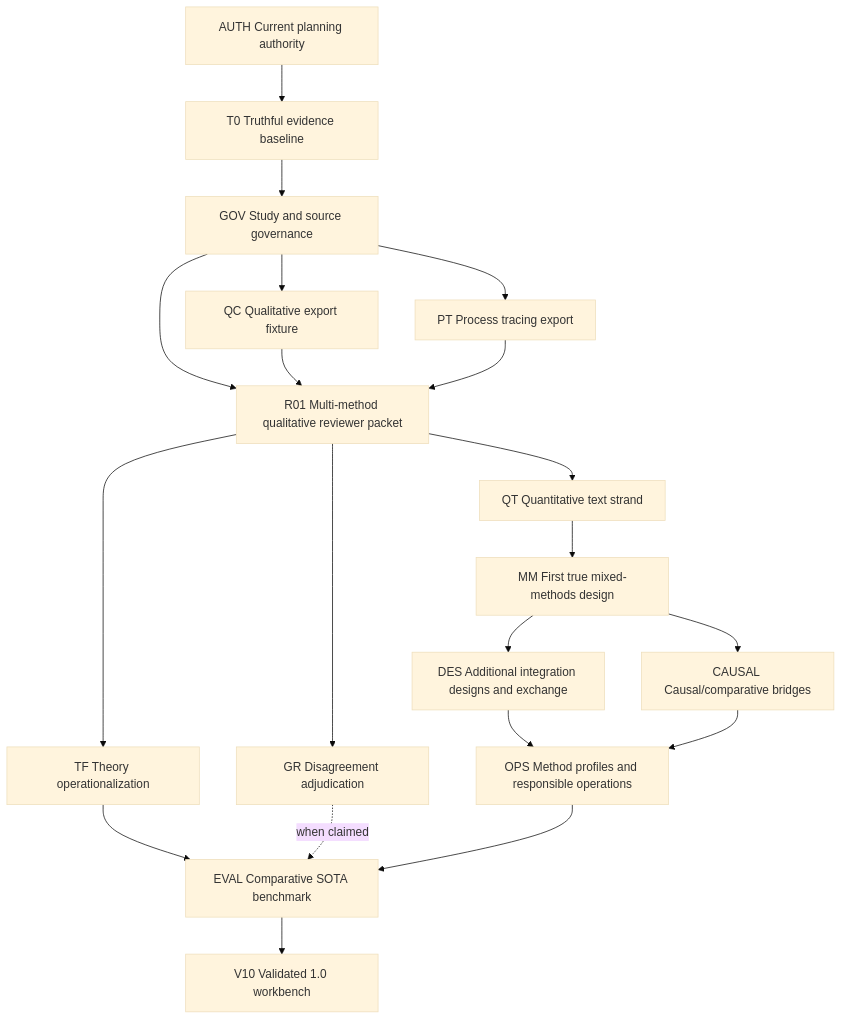
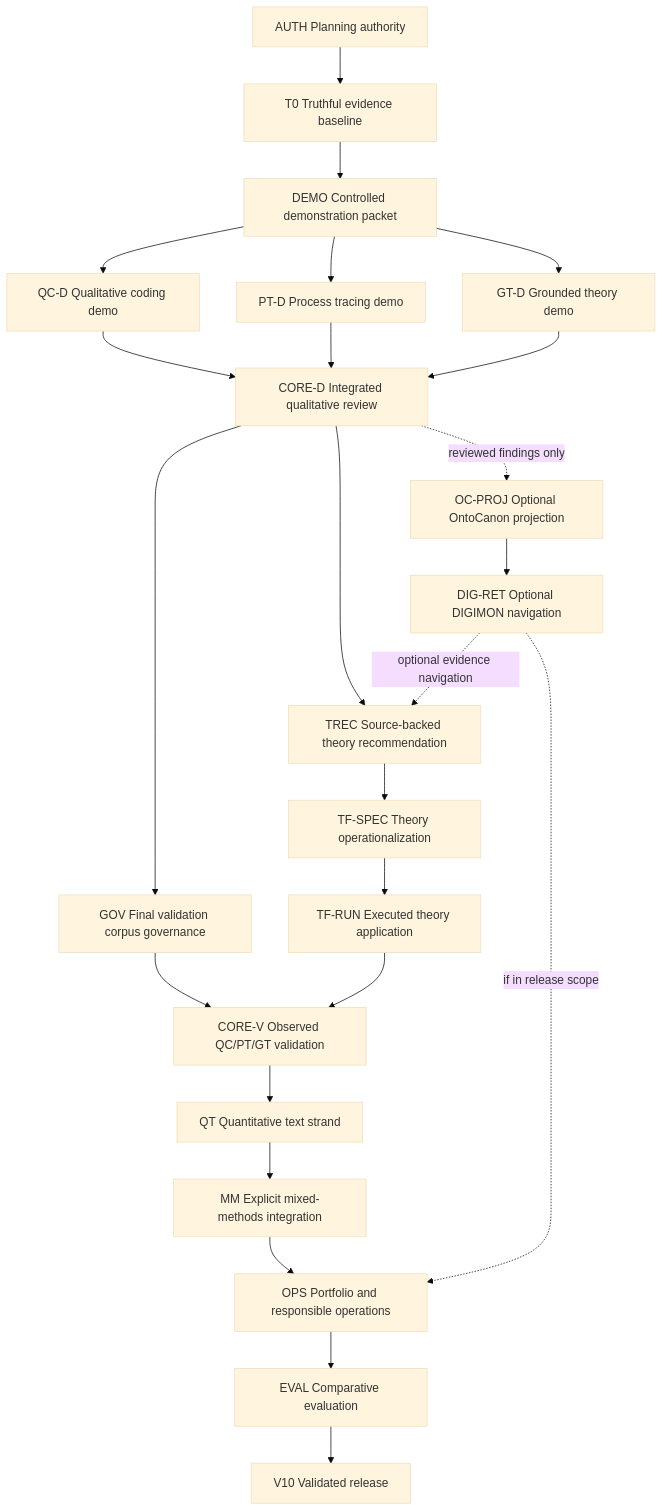
Before and after one commit to BrianMills2718/mixed_methods_workbench: the diagram in docs/CAPABILITY_DEPENDENCY_GRAPH.md, drawn with Mermaid (base theme). The commit also changed other lines of this file and 10 other files, not shown here.

Commit message:
docs: adopt demo-first mixed-methods roadmap

````diff
--- a/docs/CAPABILITY_DEPENDENCY_GRAPH.md
+++ b/docs/CAPABILITY_DEPENDENCY_GRAPH.md
@@ -28,38 +14,37 @@
 ```mermaid
 flowchart TD
-  AUTH["AUTH Current planning authority"]
+  AUTH["AUTH Planning authority"]
   T0["T0 Truthful evidence baseline"]
-  GOV["GOV Study and source governance"]
-  QC["QC Qualitative export fixture"]
-  PT["PT Process tracing export"]
-  R01["R01 Multi-method qualitative reviewer packet"]
-  GR["GR Disagreement adjudication"]
-  TF["TF Theory operationalization"]
+  DEMO["DEMO Controlled demonstration packet"]
+  QCD["QC-D Qualitative coding demo"]
+  PTD["PT-D Process tracing demo"]
+  GTD["GT-D Grounded theory demo"]
+  CORE["CORE-D Integrated qualitative review"]
+  OC["OC-PROJ Optional OntoCanon projection"]
+  DIG["DIG-RET Optional DIGIMON navigation"]
+  TREC["TREC Source-backed theory recommendation"]
+  TFS["TF-SPEC Theory operationalization"]
+  TFR["TF-RUN Executed theory application"]
+  GOV["GOV Final validation corpus governance"]
+  COREV["CORE-V Observed QC/PT/GT validation"]
   QT["QT Quantitative text strand"]
-  MM["MM First true mixed-methods design"]
-  DES["DES Additional integration designs and exchange"]
-  CAUSAL["CAUSAL Causal/comparative bridges"]
-  OPS["OPS Method profiles and responsible operations"]
-  EVAL["EVAL Comparative SOTA benchmark"]
-  V10["V10 Validated 1.0 workbench"]
+  MM["MM Explicit mixed-methods integration"]
+  OPS["OPS Portfolio and responsible operations"]
+  EVAL["EVAL Comparative evaluation"]
+  V10["V10 Validated release"]
 
-  AUTH --> T0
-  T0 --> GOV
-  GOV --> QC
-  GOV --> PT
-  GOV --> R01
-  QC --> R01
-  PT --> R01
-  R01 --> GR
-  R01 --> TF
-  R01 --> QT
-  QT --> MM
-  MM --> DES
-  MM --> CAUSAL
-  DES --> OPS
-  CAUSAL --> OPS
-  TF --> EVAL
-  GR -. "when claimed" .-> EVAL
-  OPS --> EVAL
-  EVAL --> V10
+  AUTH --> T0 --> DEMO
+  DEMO --> QCD
+  DEMO --> PTD
+  DEMO --> GTD
+  QCD --> CORE
+  PTD --> CORE
+  GTD --> CORE
+  CORE -. "reviewed findings only" .-> OC --> DIG
+  CORE --> TREC --> TFS --> TFR
+  CORE --> GOV --> COREV
+  TFR --> COREV
+  COREV --> QT --> MM --> OPS --> EVAL --> V10
+  DIG -. "optional evidence navigation" .-> TREC
+  DIG -. "if in release scope" .-> OPS
 ```
````
